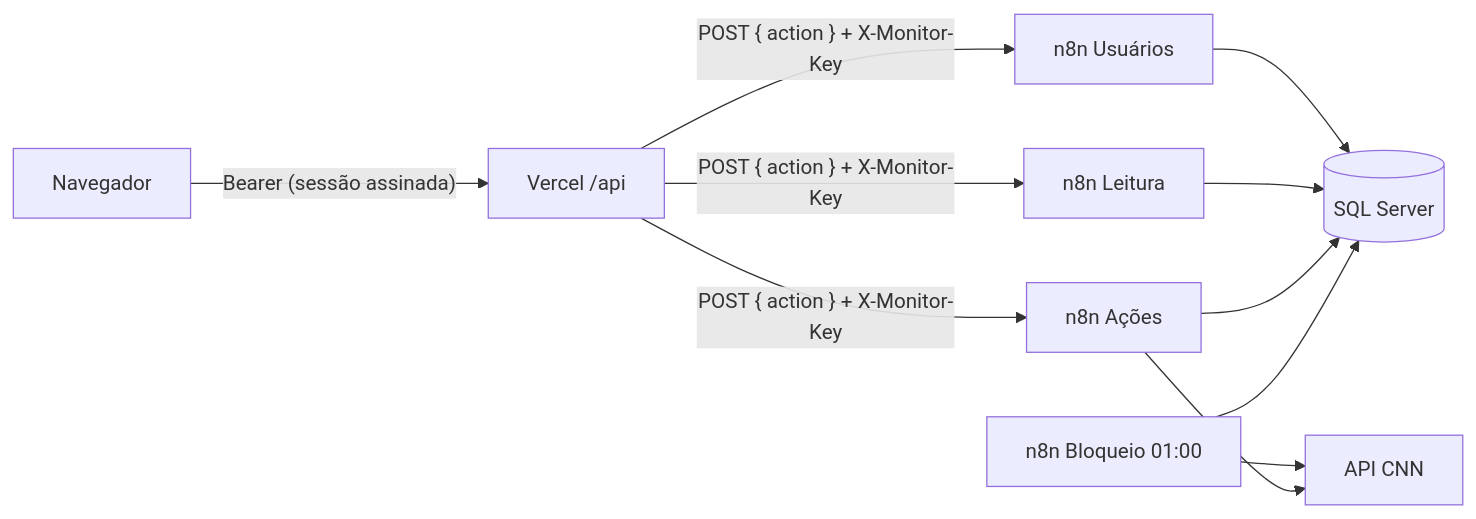
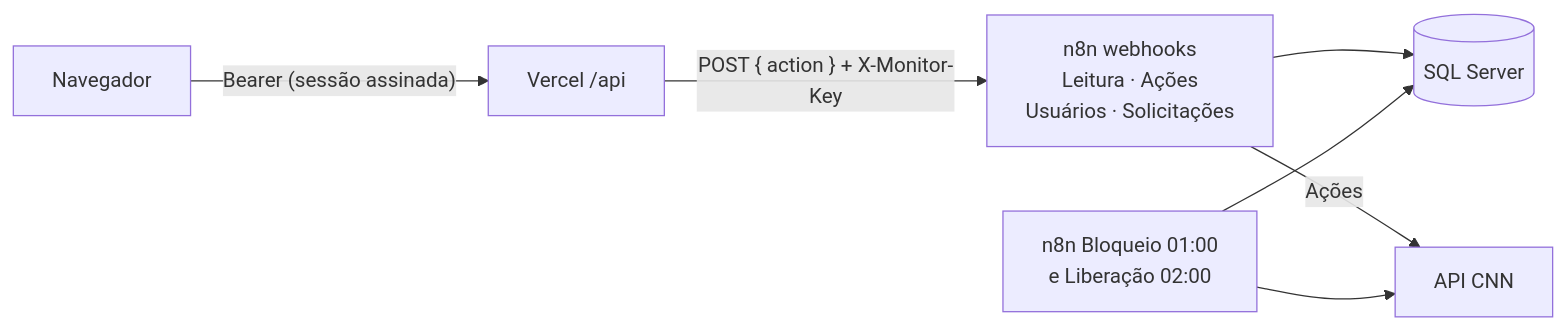
Before and after one commit to clariens/painel-integracao-desbloqueio-CNN-web: the diagram in README.md, drawn with Mermaid. The commit also changed other lines of this file and 91 other files, not shown here.

First line of the commit message:
Solicitações de desbloqueio e liberação automática após o prazo

````diff
--- a/README.md
+++ b/README.md
@@ -15,13 +16,9 @@
 ```mermaid
 flowchart LR
     U["Navegador"] -- "Bearer (sessão assinada)" --> V["Vercel /api"]
-    V -- "POST { action } + X-Monitor-Key" --> L["n8n Leitura"]
-    V -- "POST { action } + X-Monitor-Key" --> A["n8n Ações"]
-    V -- "POST { action } + X-Monitor-Key" --> US["n8n Usuários"]
-    US --> DB
-    B["n8n Bloqueio 01:00"] --> CNN["API CNN"]
-    A --> CNN
-    L --> DB[("SQL Server")]
-    A --> DB
+    V -- "POST { action } + X-Monitor-Key" --> W["n8n webhooks<br/>Leitura · Ações<br/>Usuários · Solicitações"]
+    W --> DB[("SQL Server")]
+    W -- "Ações" --> CNN["API CNN"]
+    B["n8n Bloqueio 01:00<br/>e Liberação 02:00"] --> CNN
     B --> DB
 ```
````
